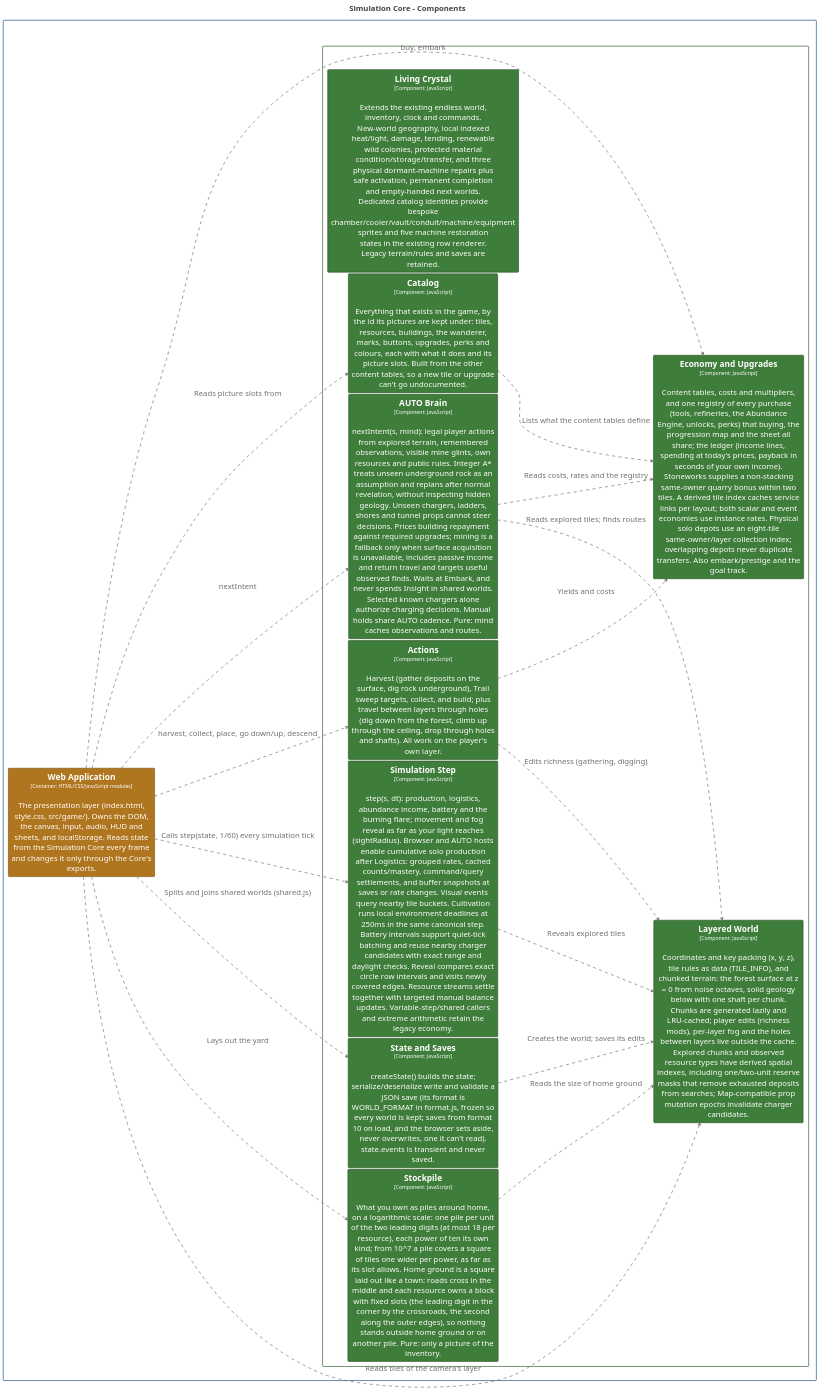
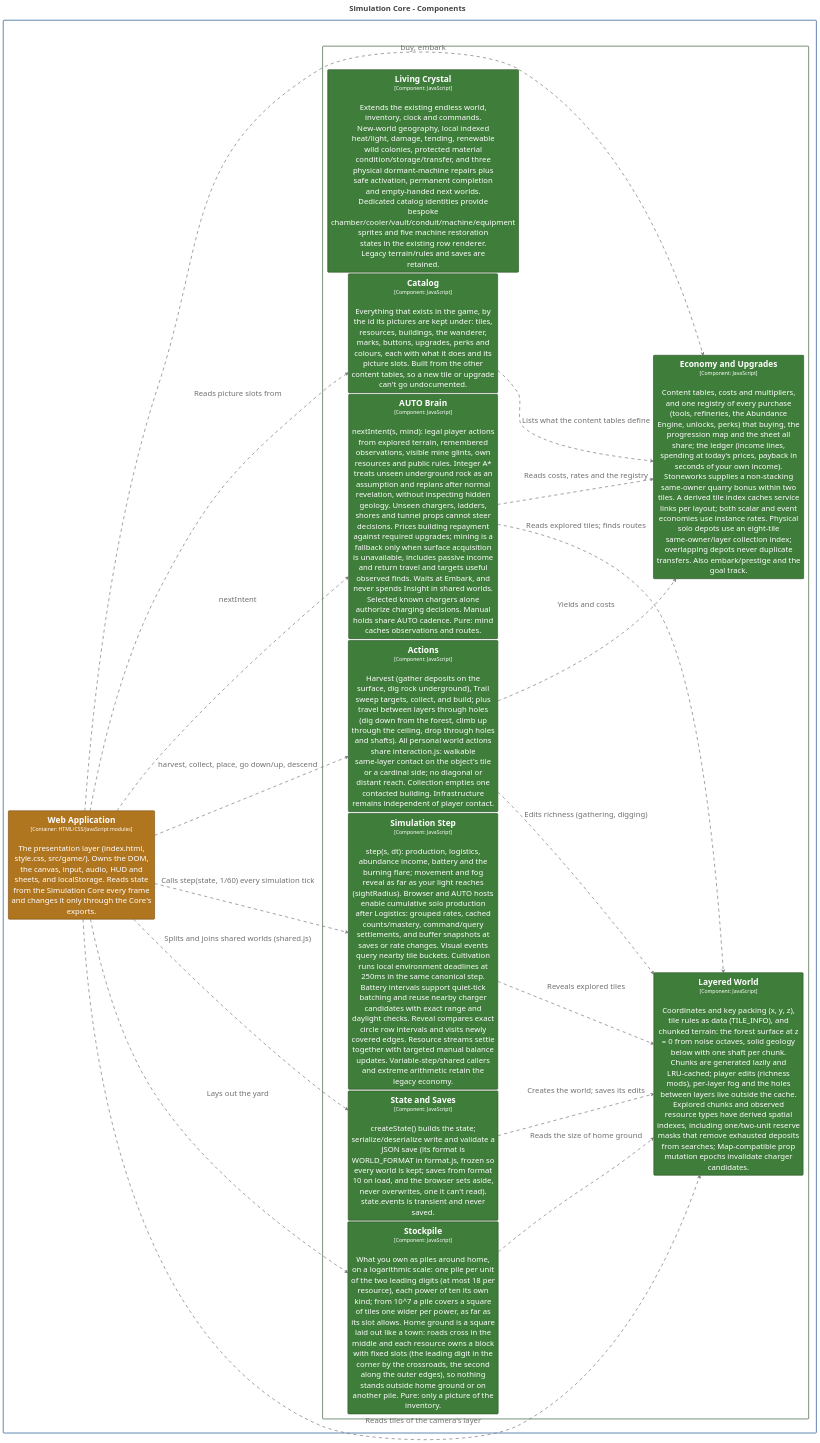
One commit to bitkojine/more-than-enough changed the diagram in structurizr/diagrams/CoreComponents.puml. Above: the diagram before and after it, drawn with PlantUML. The commit also changed 48 other files, not shown here.

Commit message:
Require physical contact and approach before personal world actions

```diff
--- a/structurizr/diagrams/CoreComponents.puml
+++ b/structurizr/diagrams/CoreComponents.puml
@@ -2,105 +2,105 @@
 @startuml
 title <size:24>Simulation Core - Components</size>
 
 set separator none
 left to right direction
 skinparam ranksep 20
 skinparam nodesep 5
 hide stereotype
 
 <style>
   root {
     BackgroundColor: #ffffff;
     FontColor: #444444;
   }
   // Element,Component,Core Engine
   .Element-RWxlbWVudCxDb21wb25lbnQsQ29yZSBFbmdpbmU= {
     BackgroundColor: #3f7d3a;
     LineColor: #2c5728;
     LineStyle: 0;
     LineThickness: 2;
     FontColor: #ffffff;
     FontSize: 24;
     HorizontalAlignment: center;
     Shadowing: 0;
     MaximumWidth: 450;
   }
   // Element,Container,Presentation
   .Element-RWxlbWVudCxDb250YWluZXIsUHJlc2VudGF0aW9u {
     BackgroundColor: #b0761f;
     LineColor: #7b5215;
     LineStyle: 0;
     LineThickness: 2;
     FontColor: #ffffff;
     FontSize: 24;
     HorizontalAlignment: center;
     Shadowing: 0;
     MaximumWidth: 450;
   }
   // Relationship
   .Relationship-UmVsYXRpb25zaGlw {
     LineThickness: 2;
     LineStyle: 10-10;
     LineColor: #707070;
     FontColor: #707070;
     FontSize: 24;
     MaximumWidth: 200;
   }
   // MORE THAN ENOUGH
   .Boundary-TU9SRSBUSEFOIEVOT1VHSA== {
     BackgroundColor: #ffffff;
     LineColor: #0b4884;
     LineStyle: 0;
     LineThickness: 2;
     FontColor: #ffffff;
     FontSize: 24;
     HorizontalAlignment: center;
     Shadowing: 0;
   }
   // Simulation Core
   .Boundary-U2ltdWxhdGlvbiBDb3Jl {
     BackgroundColor: #ffffff;
     LineColor: #2c5728;
     LineStyle: 0;
     LineThickness: 2;
     FontColor: #ffffff;
     FontSize: 24;
     HorizontalAlignment: center;
     Shadowing: 0;
   }
 </style>
 
 rectangle "MORE THAN ENOUGH\n<size:16>[Software System]</size>" <<Boundary-TU9SRSBUSEFOIEVOT1VHSA==>> {
   rectangle "Simulation Core\n<size:16>[Container: JavaScript modules (browser + Node)]</size>" <<Boundary-U2ltdWxhdGlvbiBDb3Jl>> {
     rectangle "==Living Crystal\n<size:16>[Component: JavaScript]</size>\n\nExtends the existing endless world, inventory, clock and commands. New-world geography, local indexed heat/light, damage, tending, renewable wild colonies, protected material condition/storage/transfer, and three physical dormant-machine repairs plus safe activation, permanent completion and empty-handed next worlds. Dedicated catalog identities provide bespoke chamber/cooler/vault/conduit/machine/equipment sprites and five machine restoration states in the existing row renderer. Legacy terrain/rules and saves are retained." <<Element-RWxlbWVudCxDb21wb25lbnQsQ29yZSBFbmdpbmU=>> as MORETHANENOUGH.SimulationCore.LivingCrystal
     rectangle "==Layered World\n<size:16>[Component: JavaScript]</size>\n\nCoordinates and key packing (x, y, z), tile rules as data (TILE_INFO), and chunked terrain: the forest surface at z = 0 from noise octaves, solid geology below with one shaft per chunk. Chunks are generated lazily and LRU-cached; player edits (richness mods), per-layer fog and the holes between layers live outside the cache. Explored chunks and observed resource types have derived spatial indexes, including one/two-unit reserve masks that remove exhausted deposits from searches; Map-compatible prop mutation epochs invalidate charger candidates." <<Element-RWxlbWVudCxDb21wb25lbnQsQ29yZSBFbmdpbmU=>> as MORETHANENOUGH.SimulationCore.LayeredWorld
     rectangle "==State and Saves\n<size:16>[Component: JavaScript]</size>\n\ncreateState() builds the state; serialize/deserialize write and validate a JSON save (its format is WORLD_FORMAT in format.js, frozen so every world is kept; saves from format 10 on load, and the browser sets aside, never overwrites, one it can't read). state.events is transient and never saved." <<Element-RWxlbWVudCxDb21wb25lbnQsQ29yZSBFbmdpbmU=>> as MORETHANENOUGH.SimulationCore.StateandSaves
     rectangle "==Simulation Step\n<size:16>[Component: JavaScript]</size>\n\nstep(s, dt): production, logistics, abundance income, battery and the burning flare; movement and fog reveal as far as your light reaches (sightRadius). Browser and AUTO hosts enable cumulative solo production after Logistics: grouped rates, cached counts/mastery, command/query settlements, and buffer snapshots at saves or rate changes. Visual events query nearby tile buckets. Cultivation runs local environment deadlines at 250ms in the same canonical step. Battery intervals support quiet-tick batching and reuse nearby charger candidates with exact range and daylight checks. Reveal compares exact circle row intervals and visits newly covered edges. Resource streams settle together with targeted manual balance updates. Variable-step/shared callers and extreme arithmetic retain the legacy economy." <<Element-RWxlbWVudCxDb21wb25lbnQsQ29yZSBFbmdpbmU=>> as MORETHANENOUGH.SimulationCore.SimulationStep
-    rectangle "==Actions\n<size:16>[Component: JavaScript]</size>\n\nHarvest (gather deposits on the surface, dig rock underground), Trail sweep targets, collect, and build; plus travel between layers through holes (dig down from the forest, climb up through the ceiling, drop through holes and shafts). All work on the player's own layer." <<Element-RWxlbWVudCxDb21wb25lbnQsQ29yZSBFbmdpbmU=>> as MORETHANENOUGH.SimulationCore.Actions
+    rectangle "==Actions\n<size:16>[Component: JavaScript]</size>\n\nHarvest (gather deposits on the surface, dig rock underground), Trail sweep targets, collect, and build; plus travel between layers through holes (dig down from the forest, climb up through the ceiling, drop through holes and shafts). All personal world actions share interaction.js: walkable same-layer contact on the object's tile or a cardinal side; no diagonal or distant reach. Collection empties one contacted building. Infrastructure remains independent of player contact." <<Element-RWxlbWVudCxDb21wb25lbnQsQ29yZSBFbmdpbmU=>> as MORETHANENOUGH.SimulationCore.Actions
     rectangle "==AUTO Brain\n<size:16>[Component: JavaScript]</size>\n\nnextIntent(s, mind): legal player actions from explored terrain, remembered observations, visible mine glints, own resources and public rules. Integer A* treats unseen underground rock as an assumption and replans after normal revelation, without inspecting hidden geology. Unseen chargers, ladders, shores and tunnel props cannot steer decisions. Prices building repayment against required upgrades; mining is a fallback only when surface acquisition is unavailable, includes passive income and return travel and targets useful observed finds. Waits at Embark, and never spends Insight in shared worlds. Selected known chargers alone authorize charging decisions. Manual holds share AUTO cadence. Pure: mind caches observations and routes." <<Element-RWxlbWVudCxDb21wb25lbnQsQ29yZSBFbmdpbmU=>> as MORETHANENOUGH.SimulationCore.AUTOBrain
     rectangle "==Stockpile\n<size:16>[Component: JavaScript]</size>\n\nWhat you own as piles around home, on a logarithmic scale: one pile per unit of the two leading digits (at most 18 per resource), each power of ten its own kind; from 10^7 a pile covers a square of tiles one wider per power, as far as its slot allows. Home ground is a square laid out like a town: roads cross in the middle and each resource owns a block with fixed slots (the leading digit in the corner by the crossroads, the second along the outer edges), so nothing stands outside home ground or on another pile. Pure: only a picture of the inventory." <<Element-RWxlbWVudCxDb21wb25lbnQsQ29yZSBFbmdpbmU=>> as MORETHANENOUGH.SimulationCore.Stockpile
     rectangle "==Catalog\n<size:16>[Component: JavaScript]</size>\n\nEverything that exists in the game, by the id its pictures are kept under: tiles, resources, buildings, the wanderer, marks, buttons, upgrades, perks and colours, each with what it does and its picture slots. Built from the other content tables, so a new tile or upgrade can't go undocumented." <<Element-RWxlbWVudCxDb21wb25lbnQsQ29yZSBFbmdpbmU=>> as MORETHANENOUGH.SimulationCore.Catalog
     rectangle "==Economy and Upgrades\n<size:16>[Component: JavaScript]</size>\n\nContent tables, costs and multipliers, and one registry of every purchase (tools, refineries, the Abundance Engine, unlocks, perks) that buying, the progression map and the sheet all share; the ledger (income lines, spending at today's prices, payback in seconds of your own income). Stoneworks supplies a non-stacking same-owner quarry bonus within two tiles. A derived tile index caches service links per layout; both scalar and event economies use instance rates. Physical solo depots use an eight-tile same-owner/layer collection index; overlapping depots never duplicate transfers. Also embark/prestige and the goal track." <<Element-RWxlbWVudCxDb21wb25lbnQsQ29yZSBFbmdpbmU=>> as MORETHANENOUGH.SimulationCore.EconomyandUpgrades
   }
 
   rectangle "==Web Application\n<size:16>[Container: HTML/CSS/JavaScript modules]</size>\n\nThe presentation layer (index.html, style.css, src/game/). Owns the DOM, the canvas, input, audio, HUD and sheets, and localStorage. Reads state from the Simulation Core every frame and changes it only through the Core's exports." <<Element-RWxlbWVudCxDb250YWluZXIsUHJlc2VudGF0aW9u>> as MORETHANENOUGH.WebApplication
 }
 
 MORETHANENOUGH.WebApplication --> MORETHANENOUGH.SimulationCore.Stockpile <<Relationship-UmVsYXRpb25zaGlw>> : "Lays out the yard"
 MORETHANENOUGH.SimulationCore.Stockpile --> MORETHANENOUGH.SimulationCore.LayeredWorld <<Relationship-UmVsYXRpb25zaGlw>> : "Reads the size of home ground"
 MORETHANENOUGH.WebApplication --> MORETHANENOUGH.SimulationCore.Catalog <<Relationship-UmVsYXRpb25zaGlw>> : "Reads picture slots from"
 MORETHANENOUGH.SimulationCore.Catalog --> MORETHANENOUGH.SimulationCore.EconomyandUpgrades <<Relationship-UmVsYXRpb25zaGlw>> : "Lists what the content tables define"
 MORETHANENOUGH.SimulationCore.SimulationStep --> MORETHANENOUGH.SimulationCore.LayeredWorld <<Relationship-UmVsYXRpb25zaGlw>> : "Reveals explored tiles"
 MORETHANENOUGH.SimulationCore.Actions --> MORETHANENOUGH.SimulationCore.LayeredWorld <<Relationship-UmVsYXRpb25zaGlw>> : "Edits richness (gathering, digging)"
 MORETHANENOUGH.SimulationCore.Actions --> MORETHANENOUGH.SimulationCore.EconomyandUpgrades <<Relationship-UmVsYXRpb25zaGlw>> : "Yields and costs"
 MORETHANENOUGH.SimulationCore.StateandSaves --> MORETHANENOUGH.SimulationCore.LayeredWorld <<Relationship-UmVsYXRpb25zaGlw>> : "Creates the world; saves its edits"
 MORETHANENOUGH.WebApplication --> MORETHANENOUGH.SimulationCore.StateandSaves <<Relationship-UmVsYXRpb25zaGlw>> : "Splits and joins shared worlds (shared.js)"
 MORETHANENOUGH.WebApplication --> MORETHANENOUGH.SimulationCore.AUTOBrain <<Relationship-UmVsYXRpb25zaGlw>> : "nextIntent"
 MORETHANENOUGH.SimulationCore.AUTOBrain --> MORETHANENOUGH.SimulationCore.LayeredWorld <<Relationship-UmVsYXRpb25zaGlw>> : "Reads explored tiles; finds routes"
 MORETHANENOUGH.SimulationCore.AUTOBrain --> MORETHANENOUGH.SimulationCore.EconomyandUpgrades <<Relationship-UmVsYXRpb25zaGlw>> : "Reads costs, rates and the registry"
 MORETHANENOUGH.WebApplication --> MORETHANENOUGH.SimulationCore.SimulationStep <<Relationship-UmVsYXRpb25zaGlw>> : "Calls step(state, 1/60) every simulation tick"
 MORETHANENOUGH.WebApplication --> MORETHANENOUGH.SimulationCore.Actions <<Relationship-UmVsYXRpb25zaGlw>> : "harvest, collect, place, go down/up, descend"
 MORETHANENOUGH.WebApplication --> MORETHANENOUGH.SimulationCore.EconomyandUpgrades <<Relationship-UmVsYXRpb25zaGlw>> : "buy, embark"
 MORETHANENOUGH.WebApplication --> MORETHANENOUGH.SimulationCore.LayeredWorld <<Relationship-UmVsYXRpb25zaGlw>> : "Reads tiles of the camera's layer"
 
 @enduml
```
